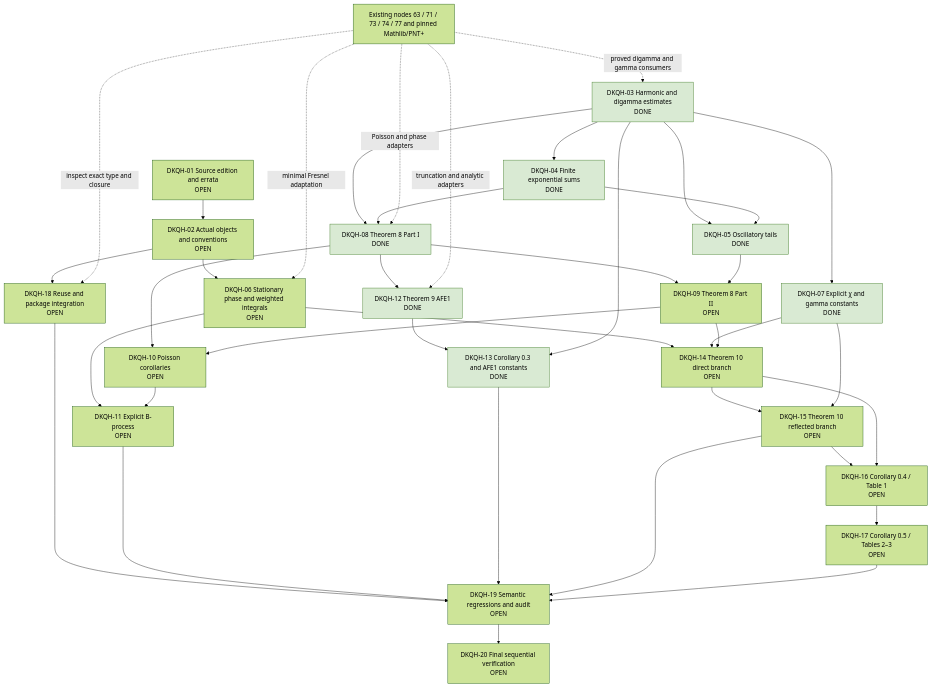
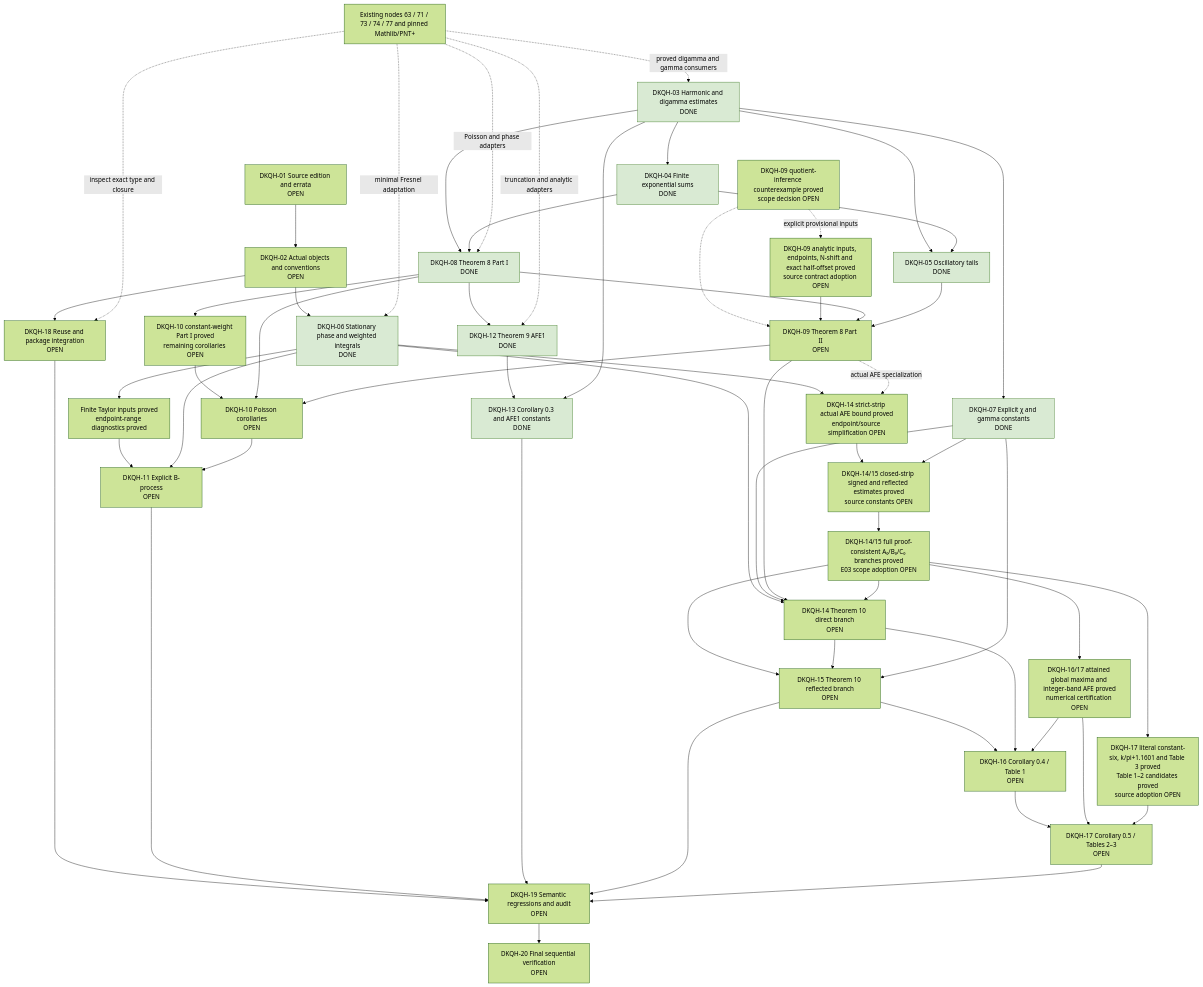
One commit to smccolm/Lean changed the diagram in Riemann Zeta/9. Zero Density, Large Values and Prime Transfer/78 Dhiman-Kadiri-Quesada-Herrera, 2026/Dhiman-Kadiri-Quesada-Herrera Architecture.md. Above: the diagram before and after it, drawn with Mermaid (forest theme). The commit also changed other lines of this file and 57 other files, not shown here.

```diff
--- a/Riemann Zeta/9. Zero Density, Large Values and Prime Transfer/78 Dhiman-Kadiri-Quesada-Herrera, 2026/Dhiman-Kadiri-Quesada-Herrera Architecture.md
+++ b/Riemann Zeta/9. Zero Density, Large Values and Prime Transfer/78 Dhiman-Kadiri-Quesada-Herrera, 2026/Dhiman-Kadiri-Quesada-Herrera Architecture.md
@@ -9,12 +9,23 @@
   G03["DKQH-03 Harmonic and digamma estimates<br/>DONE"]
   G04["DKQH-04 Finite exponential sums<br/>DONE"]
   G05["DKQH-05 Oscillatory tails<br/>DONE"]
-  G06["DKQH-06 Stationary phase and weighted integrals<br/>OPEN"]
+  G06["DKQH-06 Stationary phase and weighted integrals<br/>DONE"]
   G07["DKQH-07 Explicit χ and gamma constants<br/>DONE"]
   G08["DKQH-08 Theorem 8 Part I<br/>DONE"]
   G09["DKQH-09 Theorem 8 Part II<br/>OPEN"]
+  P2Q["DKQH-09 quotient-inference counterexample proved<br/>scope decision OPEN"]
+  P2Q -.-> G09
+  P2G["DKQH-09 analytic inputs, endpoints, N-shift and exact half-offset proved<br/>source contract adoption OPEN"]
+  P2Q -. explicit provisional inputs .-> P2G
+  P2G --> G09
+  P1C["DKQH-10 constant-weight Part I proved<br/>remaining corollaries OPEN"]
+  G08 --> P1C
+  P1C --> G10
   G10["DKQH-10 Poisson corollaries<br/>OPEN"]
   G11["DKQH-11 Explicit B-process<br/>OPEN"]
+  BST["Finite Taylor inputs proved<br/>endpoint-range diagnostics proved"]
+  G06 --> BST
+  BST --> G11
   G12["DKQH-12 Theorem 9 AFE1<br/>DONE"]
   G13["DKQH-13 Corollary 0.3 and AFE1 constants<br/>DONE"]
   G14["DKQH-14 Theorem 10 direct branch<br/>OPEN"]
@@ -44,11 +55,28 @@
   G06 --> G14
   G07 --> G14
   G09 --> G14
+  A2S["DKQH-14 strict-strip actual AFE bound proved<br/>endpoint/source simplification OPEN"]
+  G06 --> A2S
+  G09 -. actual AFE specialization .-> A2S
+  A2C["DKQH-14/15 closed-strip signed and reflected estimates proved<br/>source constants OPEN"]
+  A2S --> A2C
+  G07 --> A2C
+  A2U["DKQH-14/15 full proof-consistent A₀/B₀/C₀ branches proved<br/>E03 scope adoption OPEN"]
+  A2C --> A2U
+  A2U --> G14
+  A2U --> G15
   G14 --> G15
   G07 --> G15
   G15 --> G16
   G14 --> G16
   G16 --> G17
+  A2M["DKQH-16/17 attained global maxima and integer-band AFE proved<br/>numerical certification OPEN"]
+  A2U --> A2M
+  A2M --> G16
+  A2M --> G17
+  A6["DKQH-17 literal constant-six, k/pi+1.1601 and Table 3 proved<br/>Table 1–2 candidates proved<br/>source adoption OPEN"]
+  A2U --> A6
+  A6 --> G17
   G02 --> G18
   G18 --> G19
   G11 --> G19
@@ -63,6 +91,7 @@
   style G03 fill:#d9ead3,stroke:#38761d
   style G04 fill:#d9ead3,stroke:#38761d
   style G05 fill:#d9ead3,stroke:#38761d
+  style G06 fill:#d9ead3,stroke:#38761d
   style G07 fill:#d9ead3,stroke:#38761d
   style G08 fill:#d9ead3,stroke:#38761d
   style G12 fill:#d9ead3,stroke:#38761d
```
